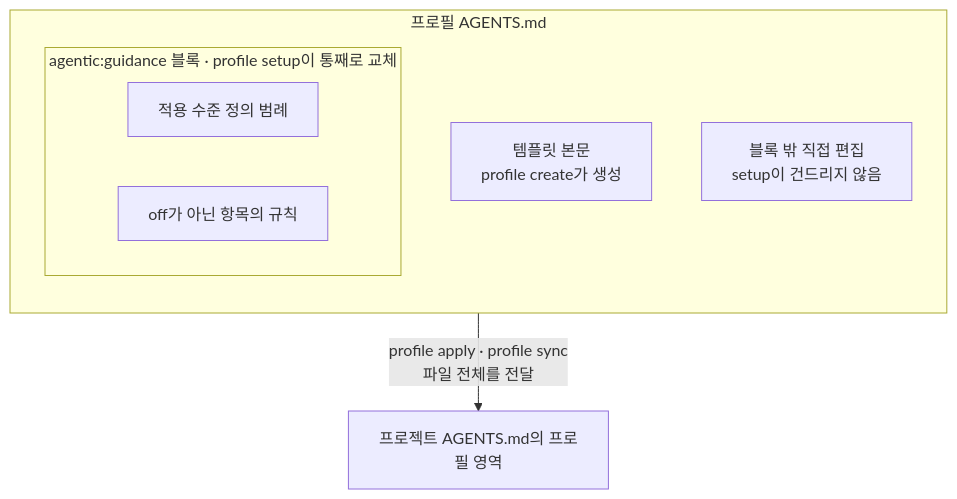
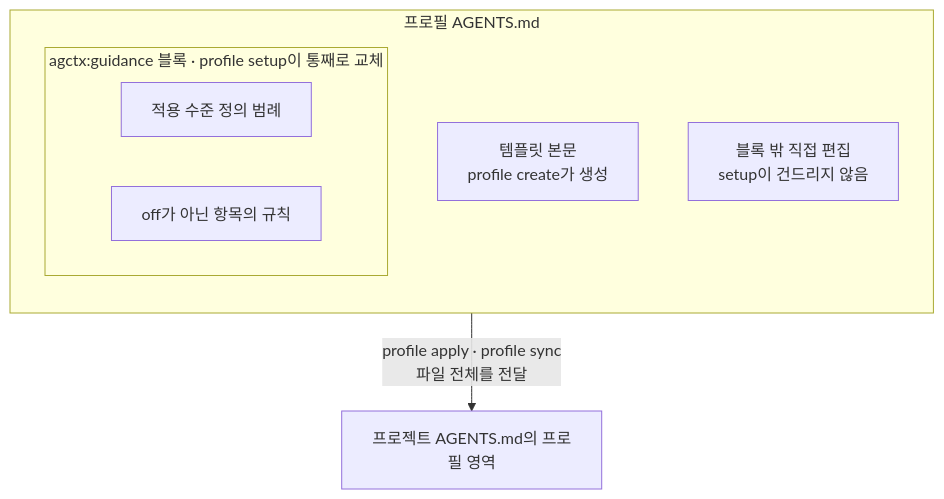
Before and after one commit to IsthisLee/agent-context-manager: the diagram in docs/architecture/guidance-catalog.md, drawn with Mermaid. The commit also changed other lines of this file and 73 other files, not shown here.

````diff
--- a/docs/architecture/guidance-catalog.md
+++ b/docs/architecture/guidance-catalog.md
@@ -15,13 +15,13 @@
 ```mermaid
 flowchart TB
   subgraph PROFILE["프로필 AGENTS.md"]
     direction TB
     TEMPLATE["템플릿 본문<br/>profile create가 생성"]
-    subgraph GUIDANCE["agentic:guidance 블록 · profile setup이 통째로 교체"]
+    subgraph GUIDANCE["agctx:guidance 블록 · profile setup이 통째로 교체"]
       LEGEND["적용 수준 정의 범례"]
       ITEMS["off가 아닌 항목의 규칙"]
     end
     USER["블록 밖 직접 편집<br/>setup이 건드리지 않음"]
   end
   PROFILE -->|"profile apply · profile sync<br/>파일 전체를 전달"| PROJECT["프로젝트 AGENTS.md의 프로필 영역"]
 ```
````
